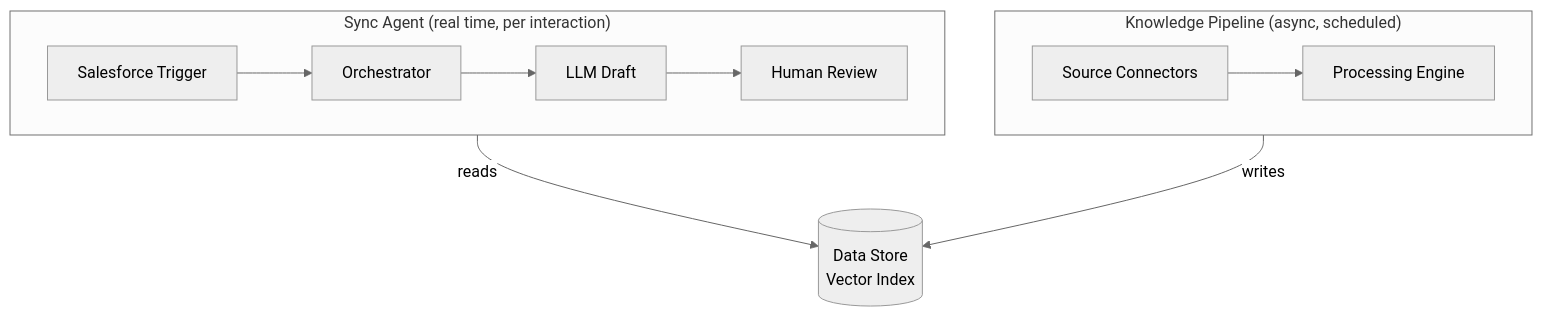
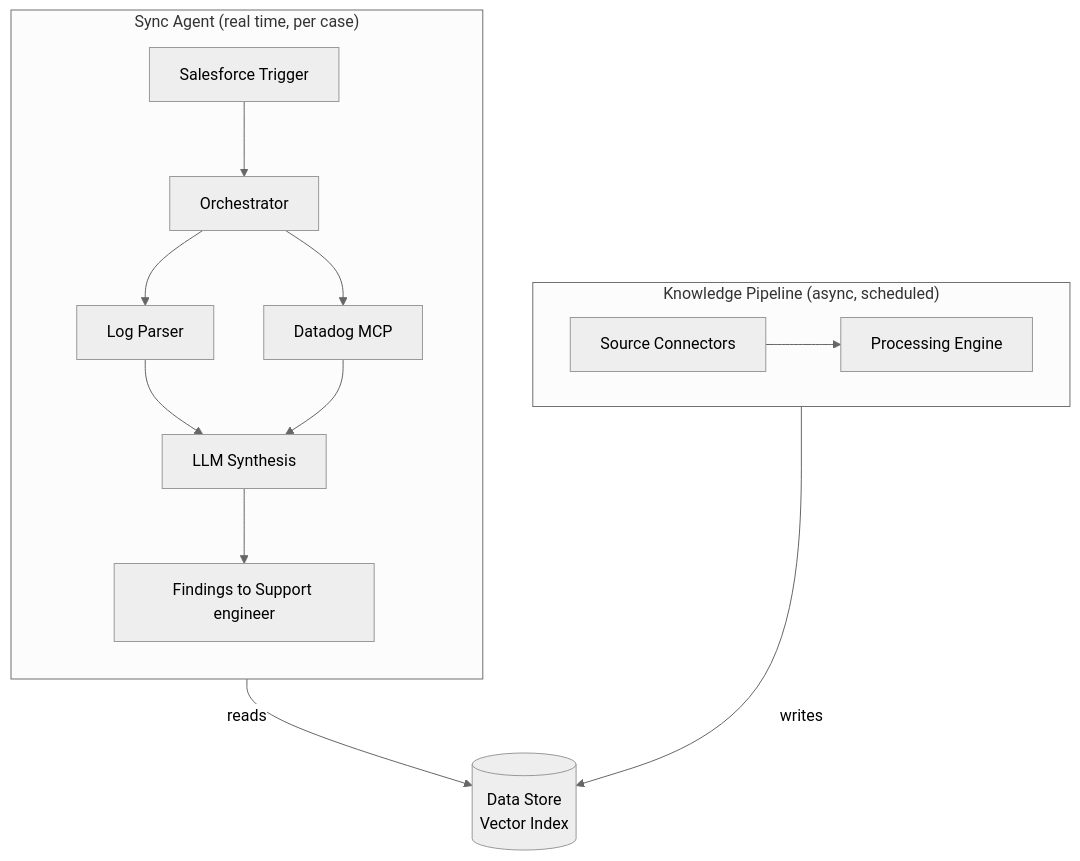
The diagram in design/01-architecture.md (brisennett/BrAIgent), drawn with Mermaid (neutral theme) before and after one commit. The commit also changed other lines of this file and 13 other files, not shown here.

````diff
--- a/design/01-architecture.md
+++ b/design/01-architecture.md
@@ -7,17 +7,29 @@
 ```mermaid
 flowchart TB
     subgraph Pipeline["Knowledge Pipeline (async, scheduled)"]
         direction LR
         SC[Source Connectors] --> PE[Processing Engine]
     end
 
     DS[("Data Store<br/>Vector Index")]
 
-    subgraph Sync["Sync Agent (real time, per interaction)"]
-        direction LR
-        TR[Salesforce Trigger] --> OR[Orchestrator] --> LLM[LLM Draft] --> HR[Human Review]
+    subgraph Sync["Sync Agent (real time, per case)"]
+        direction TB
+        TR[Salesforce Trigger]
+        OR[Orchestrator]
+        Parse[Log Parser]
+        DD[Datadog MCP]
+        LLM[LLM Synthesis]
+        Out[Findings to Support engineer]
+
+        TR --> OR
+        OR --> Parse
+        OR --> DD
+        Parse --> LLM
+        DD --> LLM
+        LLM --> Out
     end
 
     PE -->|writes| DS
     OR -->|reads| DS
 ```
````
